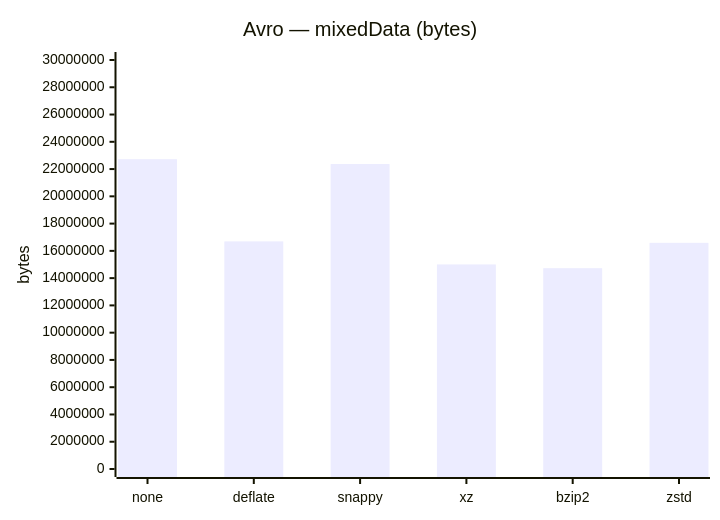
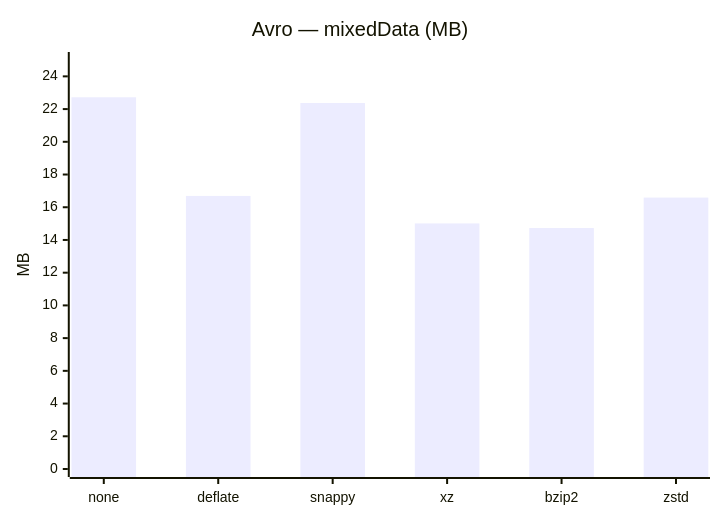
Before and after one commit to nryanov/SerializationBenchmark: the seventh of 33 diagrams in results/2026/file-sizes.md, drawn with Mermaid. The commit also changed other lines of this file, not shown here.

Commit message:
doc: update file size charts

````diff
--- a/results/2026/file-sizes.md
+++ b/results/2026/file-sizes.md
@@ -98,8 +98,8 @@
 ```mermaid
 %%{init: {"config": {"xyChart": {"width": 610, "height": 360}}}}%%
 xychart-beta
-    title "Avro — mixedData (bytes)"
+    title "Avro — mixedData (MB)"
     x-axis ["none", "deflate", "snappy", "xz", "bzip2", "zstd"]
-    y-axis "bytes" 0 --> 30000000
-    bar [22723794, 16694512, 22370461, 15005240, 14728978, 16588948]
+    y-axis "MB" 0 --> 25
+    bar [22.72, 16.69, 22.37, 15.01, 14.73, 16.59]
 ```
````
